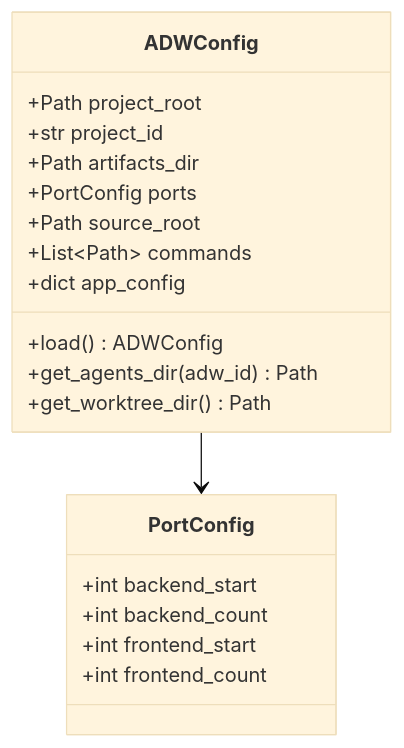
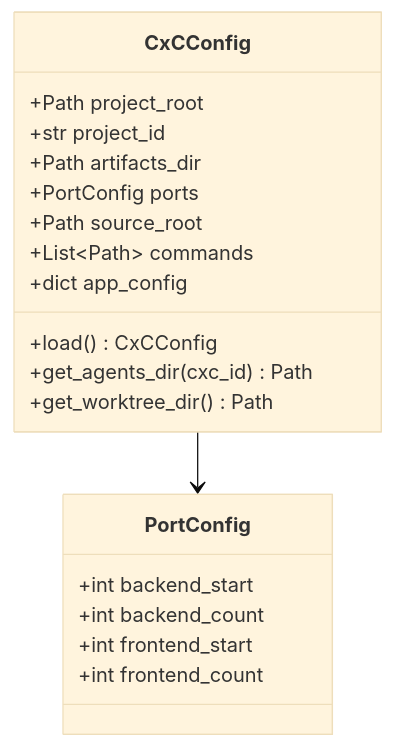
One commit to alexfosterinvisible/Cortex-Code changed the sixth of 20 diagrams in .af/specs/fullrepo_dec30/C/design.md. Above: the diagram before and after it, drawn with Mermaid (base theme). The commit also changed other lines of this file and 19 other files, not shown here.

First line of the commit message:
fix: complete adw→cxc rename + fix integration tests

````diff
--- a/.af/specs/fullrepo_dec30/C/design.md
+++ b/.af/specs/fullrepo_dec30/C/design.md
@@ -306,24 +306,24 @@
 ```mermaid
 classDiagram
-    class ADWConfig {
+    class CxCConfig {
         +Path project_root
         +str project_id
         +Path artifacts_dir
         +PortConfig ports
         +Path source_root
         +List~Path~ commands
         +dict app_config
-        +load() ADWConfig
-        +get_agents_dir(adw_id) Path
+        +load() CxCConfig
+        +get_agents_dir(cxc_id) Path
         +get_worktree_dir() Path
     }
 
     class PortConfig {
         +int backend_start
         +int backend_count
         +int frontend_start
         +int frontend_count
     }
 
-    ADWConfig --> PortConfig
+    CxCConfig --> PortConfig
 ```
````
